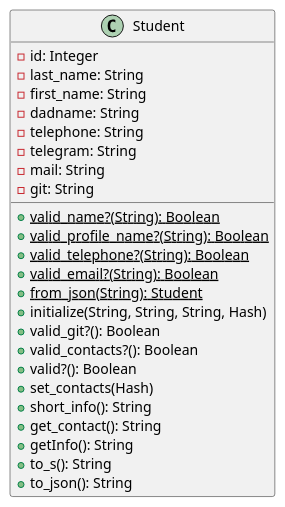
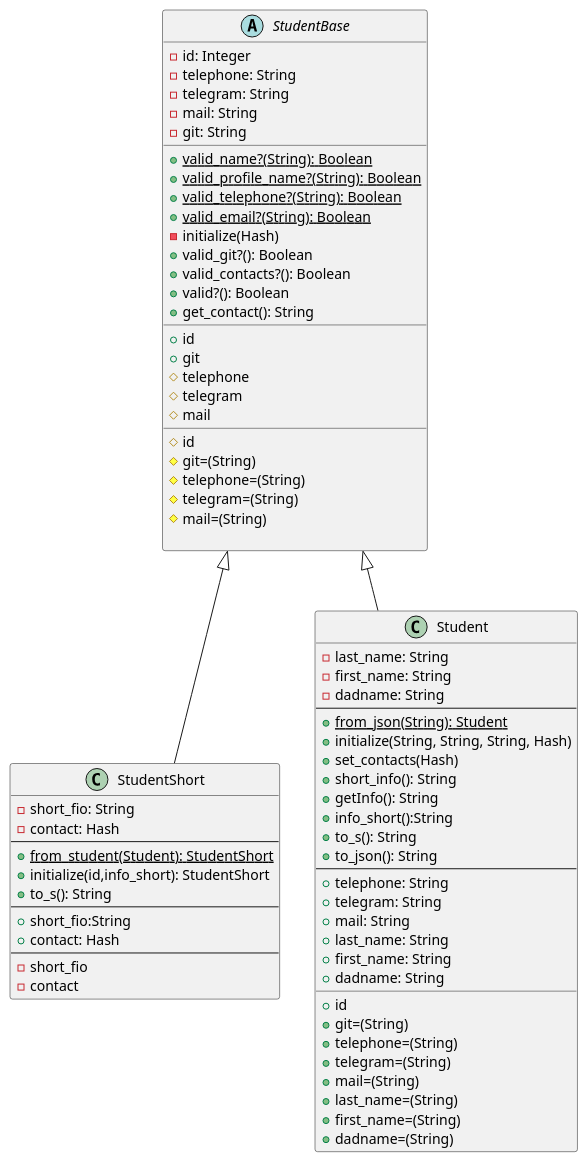
One commit to KREEAL/RubyLabs changed the diagram in LR2/diagram/StudentClassDiagram.puml. Above: the diagram before and after it, drawn with PlantUML. The commit also changed 2 other files, not shown here.

Commit message:
Актуальная диаграмма классов

```diff
--- a/LR2/diagram/StudentClassDiagram.puml
+++ b/LR2/diagram/StudentClassDiagram.puml
@@ -1,29 +1,78 @@
 @startuml
 'https://plantuml.com/class-diagram
-
-class Student {
+abstract class StudentBase {
     -id: Integer
-    -last_name: String
-    -first_name: String
-    -dadname: String
     -telephone: String
     -telegram: String
     -mail: String
     -git: String
+    __
     +{static}valid_name?(String): Boolean
     +{static}valid_profile_name?(String): Boolean
     +{static}valid_telephone?(String): Boolean
     +{static}valid_email?(String): Boolean
-    +{static}from_json(String): Student
-    +initialize(String, String, String, Hash)
+    -initialize(Hash)
     +valid_git?(): Boolean
     +valid_contacts?(): Boolean
     +valid?(): Boolean
+    +get_contact(): String
+    __
+    +id
+    +git
+    #telephone
+    #telegram
+    #mail
+    __
+    #id
+    #git=(String)
+    #telephone=(String)
+    #telegram=(String)
+    #mail=(String)
+
+}
+class StudentShort extends StudentBase {
+    -short_fio: String
+    -contact: Hash
+    --
+    +{static}from_student(Student): StudentShort
+    +initialize(id,info_short): StudentShort
+    +to_s(): String
+    --
+    +short_fio:String
+    +contact: Hash
+    --
+    -short_fio
+    -contact
+}
+class Student extends StudentBase{
+    -last_name: String
+    -first_name: String
+    -dadname: String
+    --
+    +{static}from_json(String): Student
+    +initialize(String, String, String, Hash)
     +set_contacts(Hash)
     +short_info(): String
-    +get_contact(): String
     +getInfo(): String
+    +info_short():String
     +to_s(): String
     +to_json(): String
+    --
+    +telephone: String
+    +telegram: String
+    +mail: String
+    +last_name: String
+    +first_name: String
+    +dadname: String
+    __
+    +id
+    +git=(String)
+    +telephone=(String)
+    +telegram=(String)
+    +mail=(String)
+    +last_name=(String)
+    +first_name=(String)
+    +dadname=(String)
 }
+
 @enduml
```
